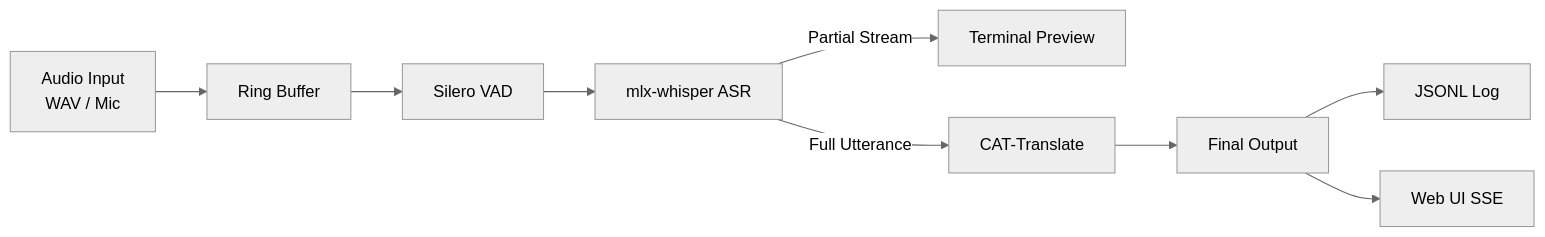
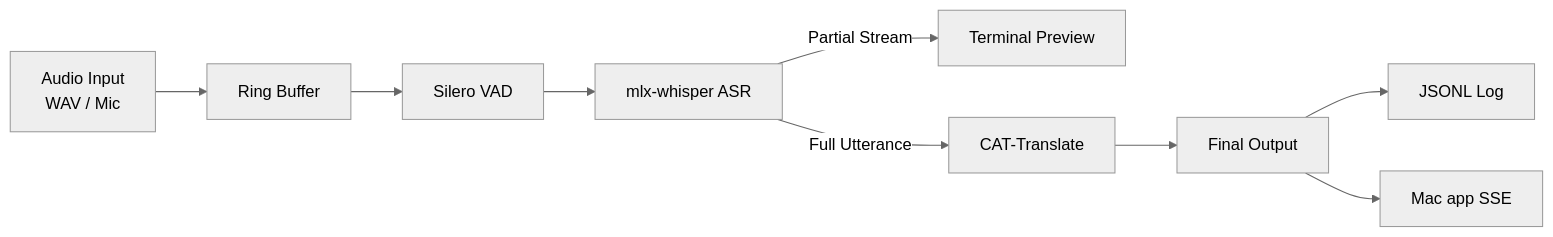
The diagram in docs/architecture.md (alok-19/mimivox), drawn with Mermaid (neutral theme) before and after one commit. The commit also changed other lines of this file and 11 other files, not shown here.

````diff
--- a/docs/architecture.md
+++ b/docs/architecture.md
@@ -30,11 +30,11 @@
 ```mermaid
 flowchart LR
     A[Audio Input<br/>WAV / Mic] --> B[Ring Buffer]
     B --> C[Silero VAD]
     C --> D[mlx-whisper ASR]
     D -->|Partial Stream| E[Terminal Preview]
     D -->|Full Utterance| F[CAT-Translate]
     F --> G[Final Output]
     G --> H[JSONL Log]
-    G --> I[Web UI SSE]
+    G --> I[Mac app SSE]
 ```
````
